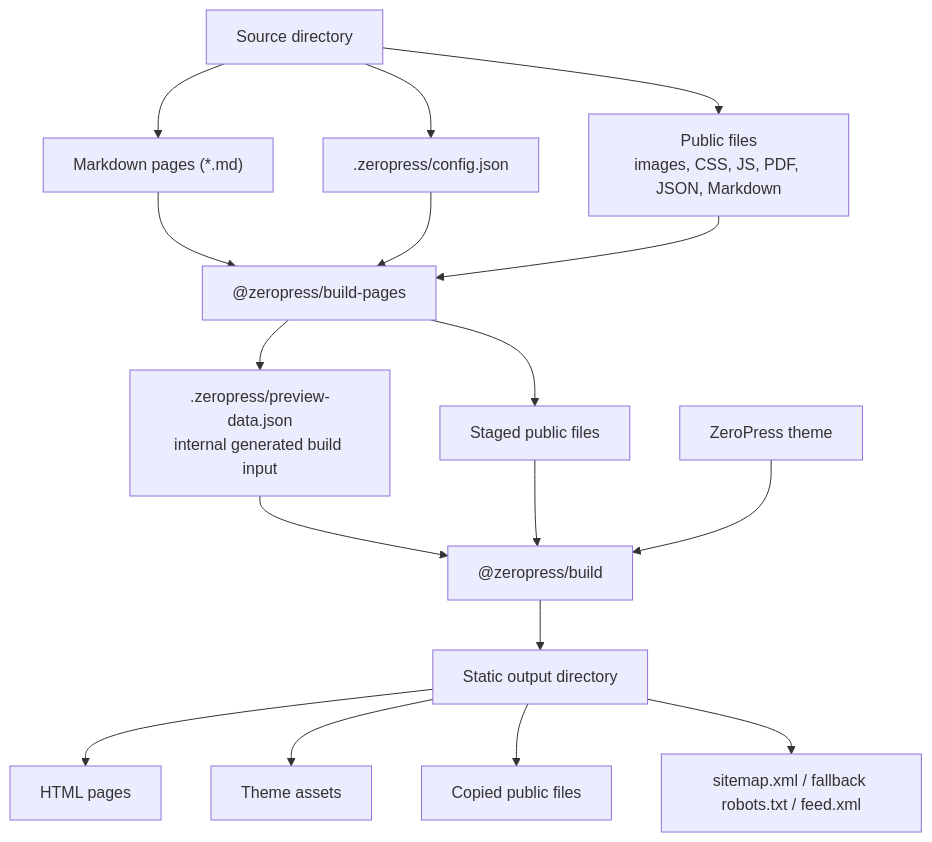
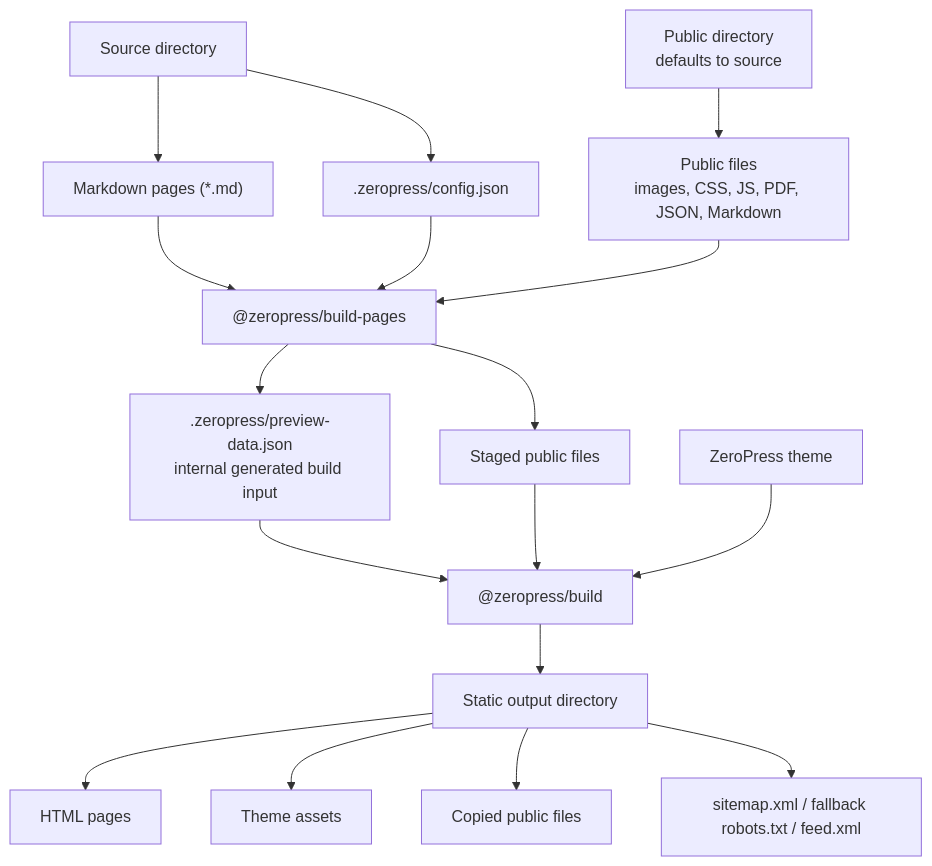
One commit to zeropress-app/zeropress-build-pages changed the diagram in README.md. Above: the diagram before and after it, drawn with Mermaid. The commit also changed other lines of this file and 7 other files, not shown here.

Commit message:
feat: optional `public-dir` (default: same with source)

````diff
--- a/README.md
+++ b/README.md
@@ -31,23 +33,23 @@
 ```mermaid
 flowchart TD
   source["Source directory"] --> markdown["Markdown pages (*.md)"]
   source --> config[".zeropress/config.json"]
-  source --> publicFiles["Public files<br/>images, CSS, JS, PDF, JSON, Markdown"]
+  publicRoot["Public directory<br/>defaults to source"] --> publicFiles["Public files<br/>images, CSS, JS, PDF, JSON, Markdown"]
 
   markdown --> buildPages["@zeropress/build-pages"]
   config --> buildPages
   publicFiles --> buildPages
 
   buildPages --> previewData[".zeropress/preview-data.json<br/>internal generated build input"]
   buildPages --> stagedPublic["Staged public files"]
 
   previewData --> build["@zeropress/build"]
   stagedPublic --> build
   theme["ZeroPress theme"] --> build
 
   build --> output["Static output directory"]
   output --> html["HTML pages"]
   output --> assets["Theme assets"]
   output --> copied["Copied public files"]
   output --> special["sitemap.xml / fallback robots.txt / feed.xml"]
 ```
````
